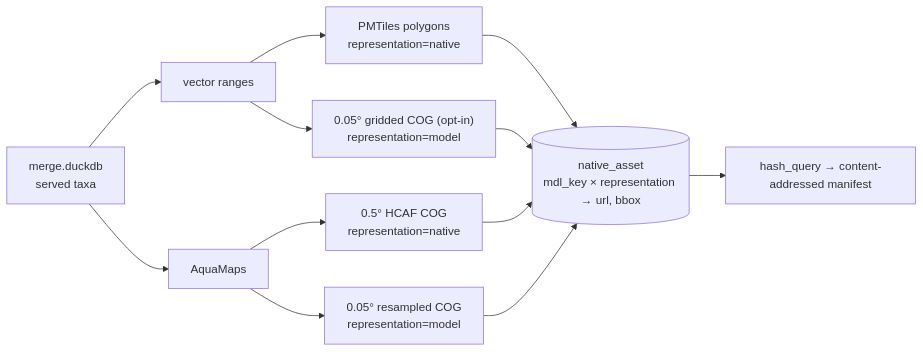
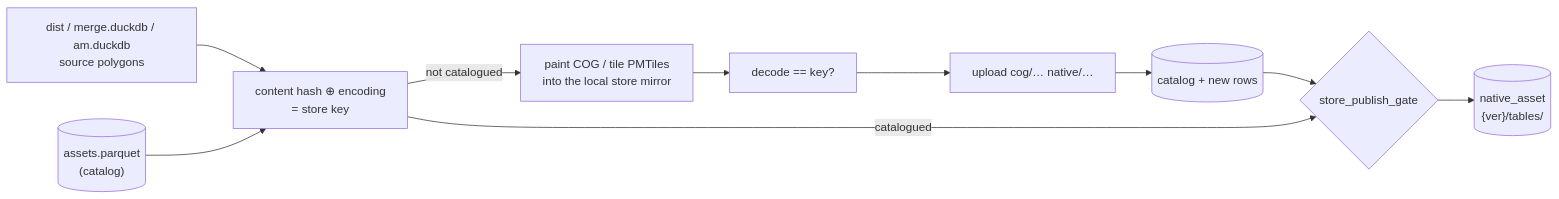
The diagram in publish_native.qmd (MarineSensitivity/workflows), drawn with Mermaid before and after one commit. The commit also changed other lines of this file and 3 other files, not shown here.

First line of the commit message:
asset store M5: publish_native.qmd writes only to the store; store_publish_gate before any pointer; AX_COG_S3 retired

````diff
--- a/publish_native.qmd
+++ b/publish_native.qmd
@@ -84,16 +64,14 @@
 ```{mermaid}
 %%| label: fig-design
-%%| fig-cap: "Per-model native inputs: vector ranges → PMTiles, AquaMaps cells → COGs, unified in a native_asset registry"
+%%| fig-cap: "Keys from content → build only what the catalog lacks → verify → upload → catalogue → gate → pointers"
 flowchart LR
-  srv["merge.duckdb<br/>served taxa"] --> vec["vector ranges"]
-  srv --> am["AquaMaps"]
-  vec --> vn["PMTiles polygons<br/>representation=native"]
-  vec --> vm["0.05° gridded COG (opt-in)<br/>representation=model"]
-  am --> an["0.5° HCAF COG<br/>representation=native"]
-  am --> amm["0.05° resampled COG<br/>representation=model"]
-  vn --> reg[("native_asset<br/>mdl_key × representation → url, bbox")]
-  vm --> reg
-  an --> reg
-  amm --> reg
-  reg --> mf["hash_query → content-addressed manifest"]
+  src["dist / merge.duckdb / am.duckdb<br/>source polygons"] --> keys["content hash ⊕ encoding<br/>= store key"]
+  cat[("assets.parquet<br/>(catalog)")] --> keys
+  keys -->|"not catalogued"| build["paint COG / tile PMTiles<br/>into the local store mirror"]
+  build --> verify["decode == key?"]
+  verify --> up["upload cog/… native/…"]
+  up --> cat2[("catalog + new rows")]
+  cat2 --> gate{"store_publish_gate"}
+  keys -->|"catalogued"| gate
+  gate --> ptr[("native_asset<br/>{ver}/tables/")]
 ```
````
